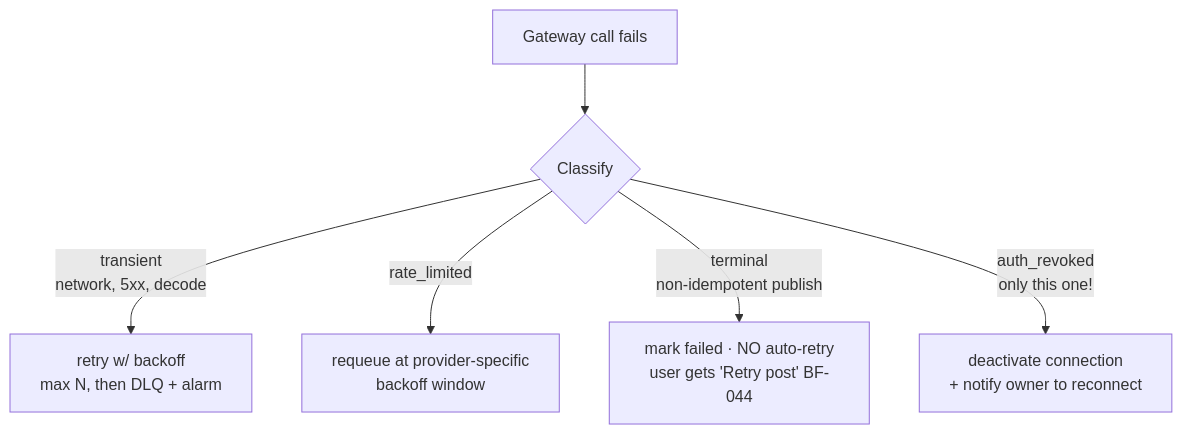
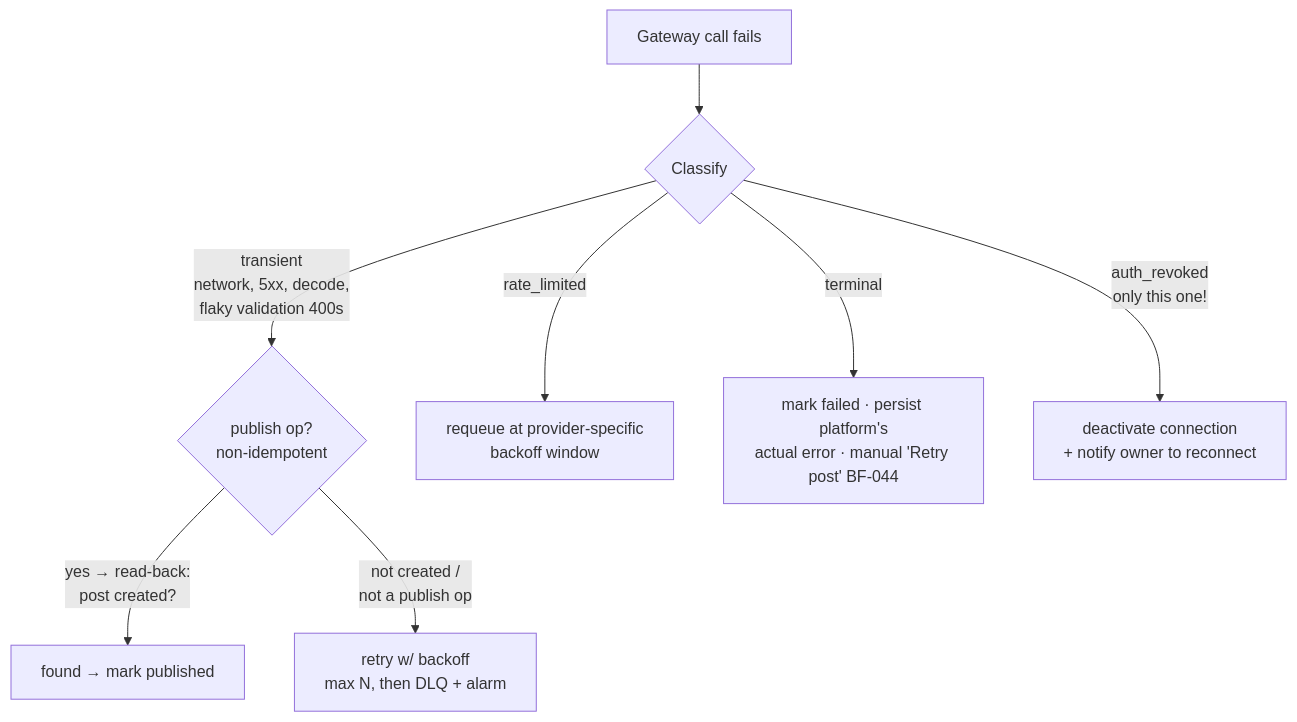
One commit to Krishsyv/oggvo-v2 changed the second of 8 diagrams in docs/foundation/07-flow-diagrams.md. Above: the diagram before and after it, drawn with Mermaid. The commit also changed 27 other files, not shown here.

````diff
--- a/docs/foundation/07-flow-diagrams.md
+++ b/docs/foundation/07-flow-diagrams.md
@@ -28,8 +28,10 @@
 ```mermaid
 flowchart TD
     E[Gateway call fails] --> C{Classify}
-    C -->|transient<br/>network, 5xx, decode| R[retry w/ backoff<br/>max N, then DLQ + alarm]
+    C -->|transient<br/>network, 5xx, decode,<br/>flaky validation 400s| RB{publish op?<br/>non-idempotent}
+    RB -->|yes → read-back:<br/>post created?| P[found → mark published]
+    RB -->|not created /<br/>not a publish op| R[retry w/ backoff<br/>max N, then DLQ + alarm]
     C -->|rate_limited| RL[requeue at provider-specific<br/>backoff window]
-    C -->|terminal<br/>non-idempotent publish| T[mark failed · NO auto-retry<br/>user gets 'Retry post' BF-044]
+    C -->|terminal| T[mark failed · persist platform's<br/>actual error · manual 'Retry post' BF-044]
     C -->|auth_revoked<br/>only this one!| D[deactivate connection<br/>+ notify owner to reconnect]
 ```
````
